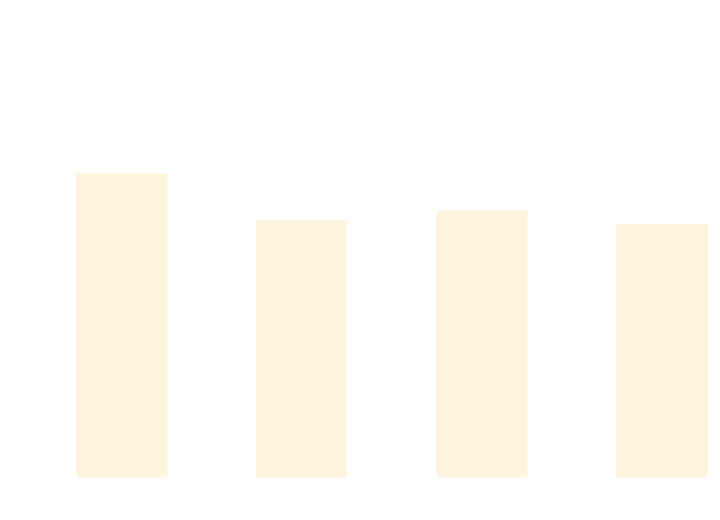
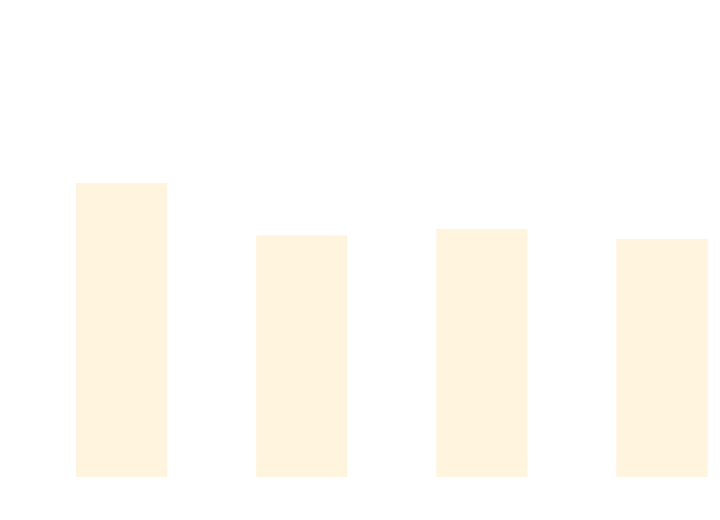
The diagram in docs/docs/benchmarks/BuildTime.md (thomhurst/TUnit), drawn with Mermaid before and after one commit. The commit also changed other lines of this file and 17 other files, not shown here.

````diff
--- a/docs/docs/benchmarks/BuildTime.md
+++ b/docs/docs/benchmarks/BuildTime.md
@@ -28,37 +28,37 @@
 ```mermaid
 %%{init: {
   'theme':'base',
   'themeVariables': {
     'primaryColor': '#2563eb',
     'primaryTextColor': '#ffffff',
     'primaryBorderColor': '#1e40af',
     'lineColor': '#6b7280',
     'secondaryColor': '#7c3aed',
     'tertiaryColor': '#dc2626',
     'background': '#ffffff',
     'mainBkg': '#2563eb',
     'secondBkg': '#7c3aed',
     'tertiaryBkg': '#dc2626',
     'clusterBkg': '#f3f4f6',
     'edgeLabelBackground': '#ffffff',
     'tertiaryTextColor': '#1f2937',
     'pie1': '#2563eb',
     'pie2': '#7c3aed',
     'pie3': '#dc2626',
     'pie4': '#f59e0b',
     'pie5': '#10b981',
     'pie6': '#06b6d4',
     'pie7': '#ec4899',
     'pie8': '#6366f1',
     'pie9': '#84cc16',
     'pie10': '#f97316',
     'pie11': '#14b8a6',
     'pie12': '#a855f7'
   }
 }}%%
 xychart-beta
   title "Build Time Comparison"
   x-axis ["Build_TUnit", "Build_NUnit", "Build_MSTest", "Build_xUnit3"]
   y-axis "Time (s)" 0 --> 3
-  bar [2.171, 1.824, 1.895, 1.799]
+  bar [2.098, 1.713, 1.761, 1.688]
 ```
````
